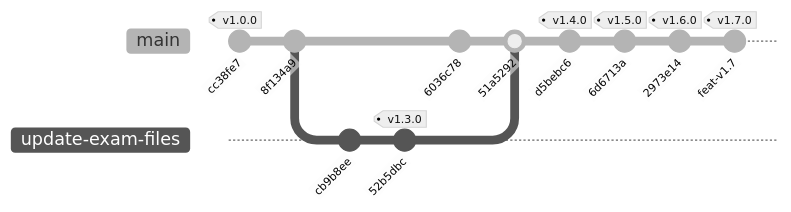
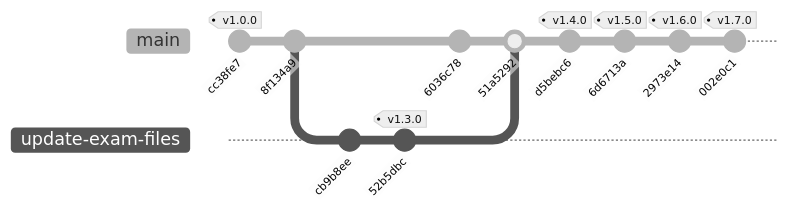
One commit to renart00001-ux/exam-web changed the diagram in README.md. Above: the diagram before and after it, drawn with Mermaid (neutral theme). The commit also changed other lines of this file and 1 other file, not shown here.

Commit message:
docs: sync v1.7.0 timeline and commit records in index.html and README

````diff
--- a/README.md
+++ b/README.md
@@ -40,16 +40,16 @@
 ```mermaid
 gitGraph
     commit id: "cc38fe7" tag: "v1.0.0"
     commit id: "8f134a9"
     branch update-exam-files
     checkout update-exam-files
     commit id: "cb9b8ee"
     commit id: "52b5dbc" tag: "v1.3.0"
     checkout main
     commit id: "6036c78"
     merge update-exam-files id: "51a5292"
     commit id: "d5bebc6" tag: "v1.4.0"
     commit id: "6d6713a" tag: "v1.5.0"
     commit id: "2973e14" tag: "v1.6.0"
-    commit id: "feat-v1.7" tag: "v1.7.0"
+    commit id: "002e0c1" tag: "v1.7.0"
 ```
````
